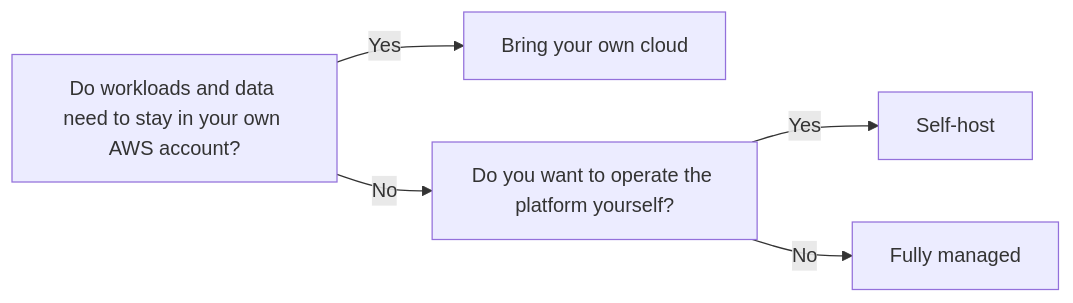
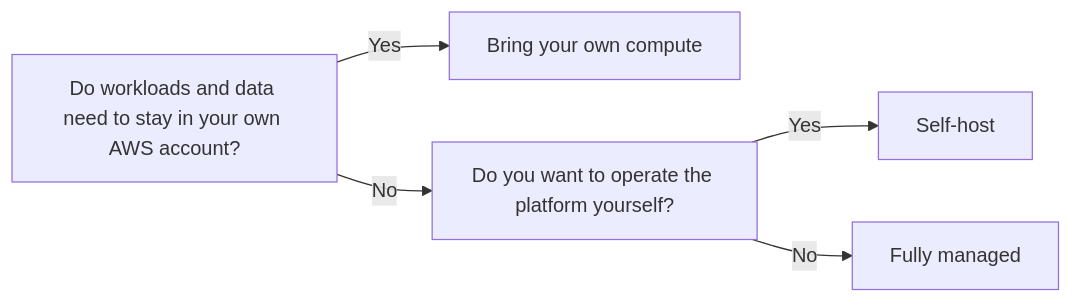
The diagram in docs/reference/deployment-models/index.md (CautionHosting/docs), drawn with Mermaid before and after one commit. The commit also changed other lines of this file and 14 other files, not shown here.

Commit message:
rename byoc to bring your own compute

````diff
--- a/docs/reference/deployment-models/index.md
+++ b/docs/reference/deployment-models/index.md
@@ -49,8 +49,8 @@
 ```mermaid
 flowchart LR
     A[Do workloads and data need to stay in your own AWS account?]
-    A -->|Yes| B[Bring your own cloud]
+    A -->|Yes| B[Bring your own compute]
     A -->|No| C[Do you want to operate the platform yourself?]
     C -->|Yes| D[Self-host]
     C -->|No| E[Fully managed]
 ```
````
